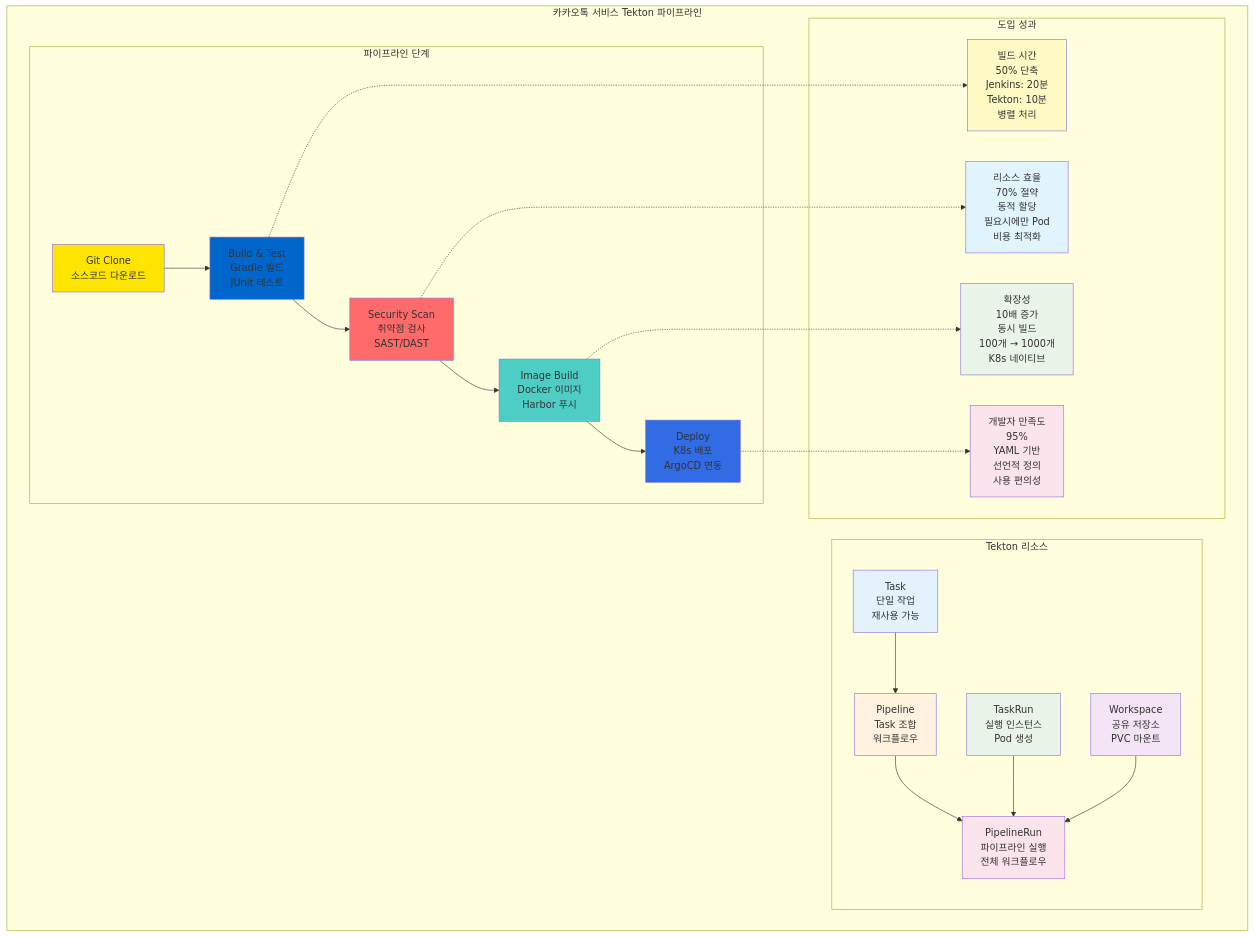
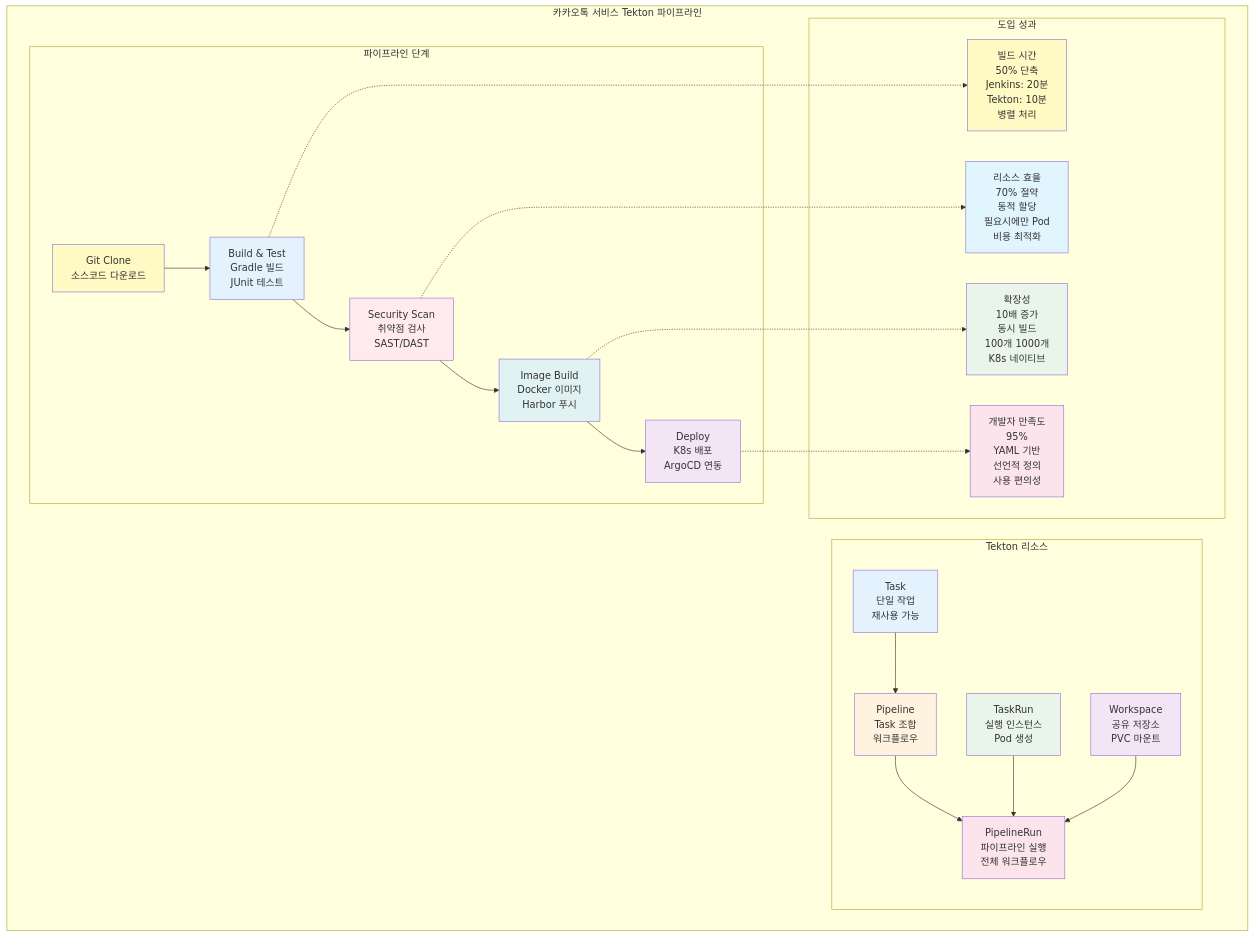
One commit to niceguy61/kdt_devops_lecture_2025 changed the fifth of 9 diagrams in theory/week_04/day4/session_3.md. Above: the diagram before and after it, drawn with Mermaid. The commit also changed 2 other files, not shown here.

Commit message:
특수 기호 변경

````diff
--- a/theory/week_04/day4/session_3.md
+++ b/theory/week_04/day4/session_3.md
@@ -215,53 +215,53 @@
 ```mermaid
 graph TB
     subgraph "카카오톡 서비스 Tekton 파이프라인"
         subgraph "파이프라인 단계"
             S1[Git Clone<br/>소스코드 다운로드]
             S2[Build & Test<br/>Gradle 빌드<br/>JUnit 테스트]
             S3[Security Scan<br/>취약점 검사<br/>SAST/DAST]
             S4[Image Build<br/>Docker 이미지<br/>Harbor 푸시]
             S5[Deploy<br/>K8s 배포<br/>ArgoCD 연동]
         end
         
         subgraph "Tekton 리소스"
             T1[Task<br/>단일 작업<br/>재사용 가능]
             T2[Pipeline<br/>Task 조합<br/>워크플로우]
             T3[TaskRun<br/>실행 인스턴스<br/>Pod 생성]
             T4[PipelineRun<br/>파이프라인 실행<br/>전체 워크플로우]
             T5[Workspace<br/>공유 저장소<br/>PVC 마운트]
         end
         
         subgraph "도입 성과"
             P1[빌드 시간<br/>50% 단축<br/>Jenkins: 20분<br/>Tekton: 10분<br/>병렬 처리]
             P2[리소스 효율<br/>70% 절약<br/>동적 할당<br/>필요시에만 Pod<br/>비용 최적화]
-            P3[확장성<br/>10배 증가<br/>동시 빌드<br/>100개 → 1000개<br/>K8s 네이티브]
+            P3[확장성<br/>10배 증가<br/>동시 빌드<br/>100개 1000개<br/>K8s 네이티브]
             P4[개발자 만족도<br/>95%<br/>YAML 기반<br/>선언적 정의<br/>사용 편의성]
         end
     end
     
     S1 --> S2 --> S3 --> S4 --> S5
     
     T1 --> T2 --> T4
     T3 --> T4
     T5 --> T4
     
     S2 -.-> P1
     S3 -.-> P2
     S4 -.-> P3
     S5 -.-> P4
     
-    style S1 fill:#FEE500
-    style S2 fill:#0066CC
-    style S3 fill:#FF6B6B
-    style S4 fill:#4ECDC4
-    style S5 fill:#326CE5
-    style T1 fill:#E3F2FD
-    style T2 fill:#FFF3E0
-    style T3 fill:#E8F5E8
-    style T4 fill:#FCE4EC
-    style T5 fill:#F3E5F5
-    style P1 fill:#FFF9C4
-    style P2 fill:#E1F5FE
-    style P3 fill:#E8F5E8
-    style P4 fill:#FCE4EC
+    style S1 fill:#fff9c4
+    style S2 fill:#e3f2fd
+    style S3 fill:#ffebee
+    style S4 fill:#e0f2f1
+    style S5 fill:#f3e5f5
+    style T1 fill:#e3f2fd
+    style T2 fill:#fff3e0
+    style T3 fill:#e8f5e8
+    style T4 fill:#fce4ec
+    style T5 fill:#f3e5f5
+    style P1 fill:#fff9c4
+    style P2 fill:#e1f5fe
+    style P3 fill:#e8f5e8
+    style P4 fill:#fce4ec
 ```
````
